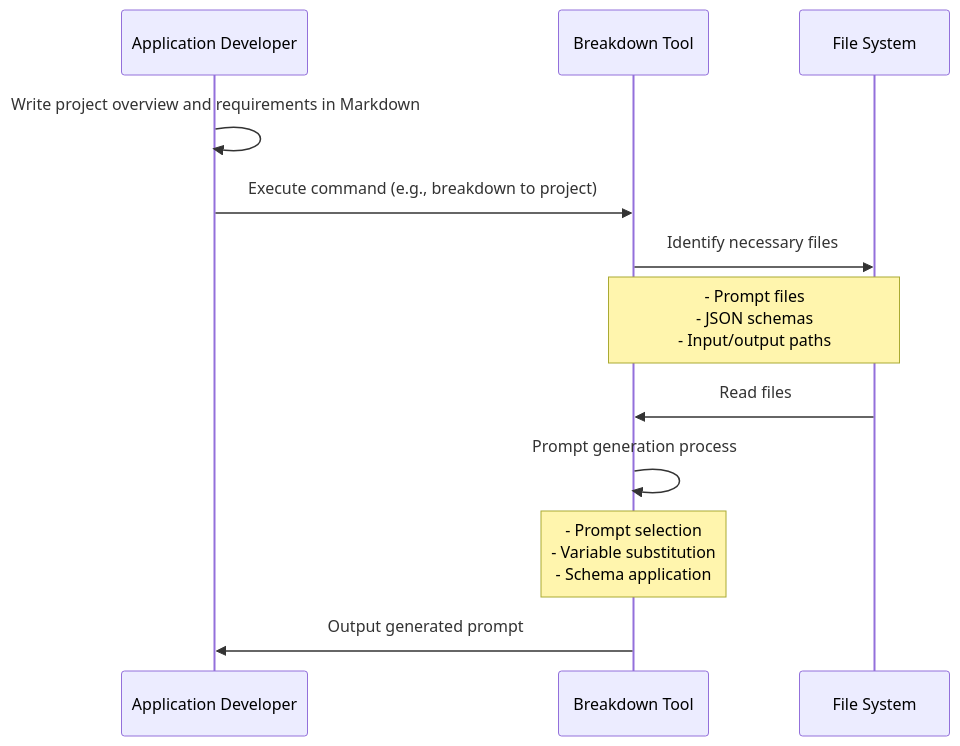
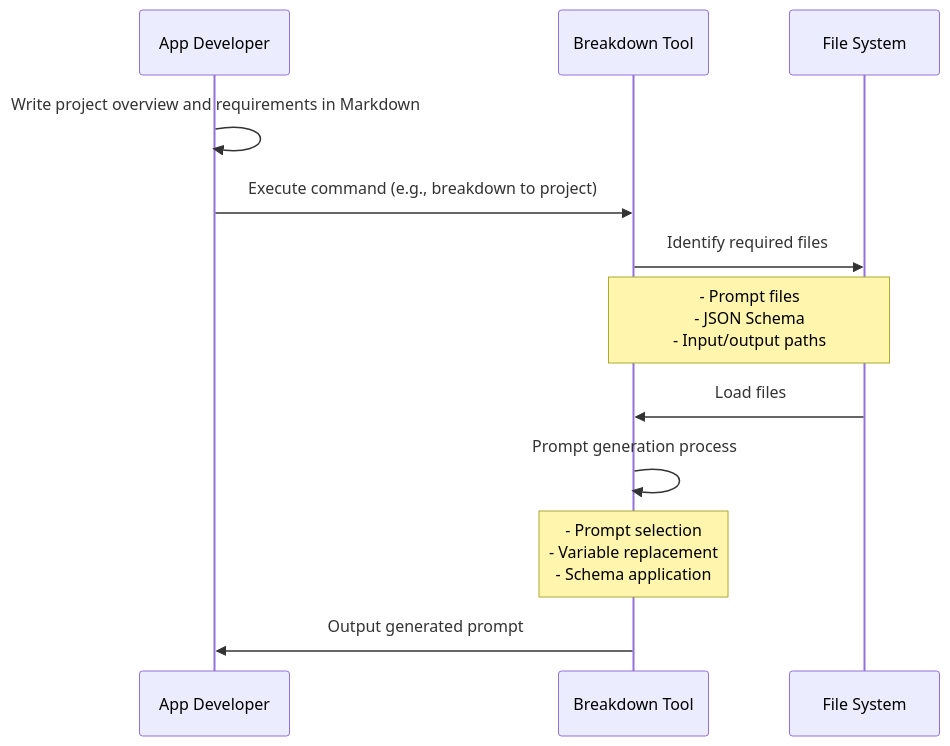
One commit to tettuan/breakdown changed the first of 2 diagrams in docs/index.md. Above: the diagram before and after it, drawn with Mermaid. The commit also changed other lines of this file and 318 other files, not shown here.

````diff
--- a/docs/index.md
+++ b/docs/index.md
@@ -32,15 +32,15 @@
 ```mermaid
 sequenceDiagram
-  participant Developer as Application Developer
+  participant Developer as App Developer
   participant Breakdown as Breakdown Tool
   participant Files as File System
 
   Developer->>Developer: Write project overview and requirements in Markdown
   Developer->>Breakdown: Execute command (e.g., breakdown to project)
-  Breakdown->>Files: Identify necessary files
-  Note over Breakdown,Files: - Prompt files<br>- JSON schemas<br>- Input/output paths
-  Files->>Breakdown: Read files
+  Breakdown->>Files: Identify required files
+  Note over Breakdown,Files: - Prompt files<br>- JSON Schema<br>- Input/output paths
+  Files->>Breakdown: Load files
   Breakdown->>Breakdown: Prompt generation process
-  Note over Breakdown: - Prompt selection<br>- Variable substitution<br>- Schema application
+  Note over Breakdown: - Prompt selection<br>- Variable replacement<br>- Schema application
   Breakdown->>Developer: Output generated prompt
 ```
````
